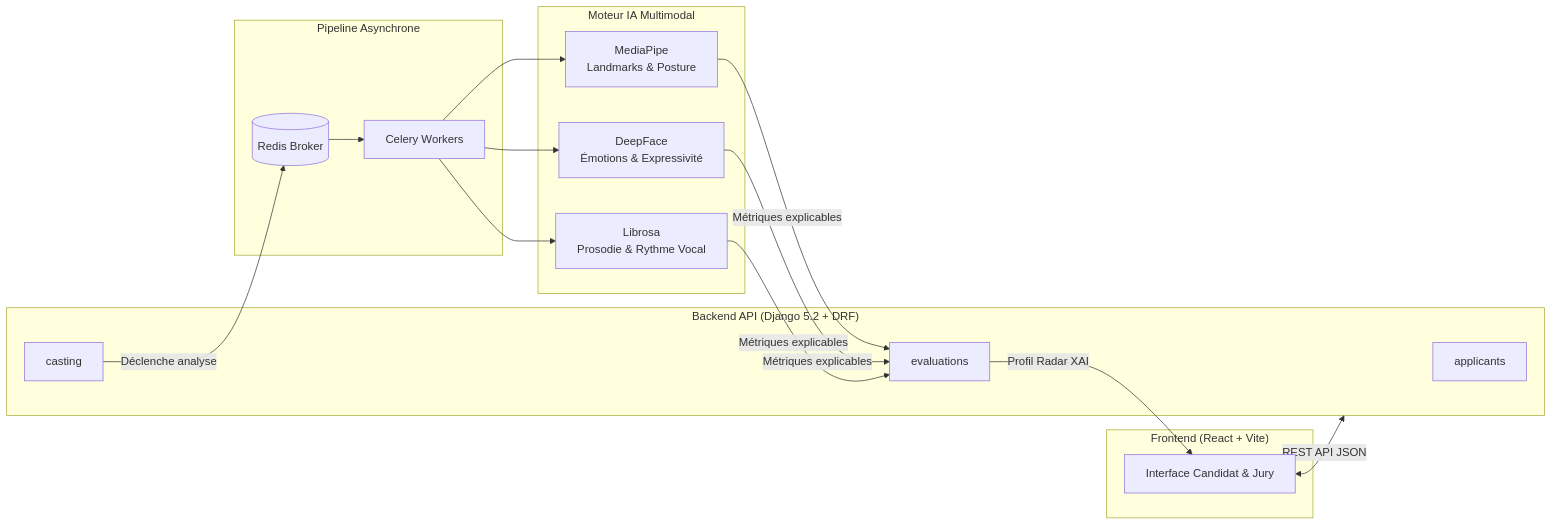
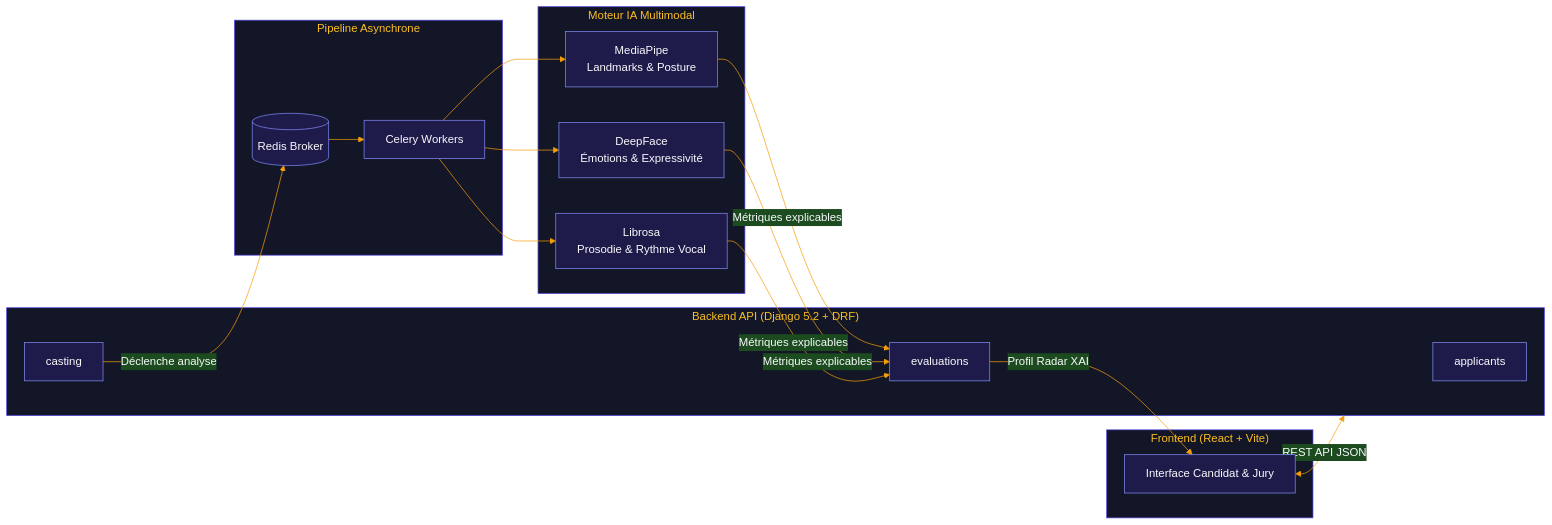
The diagram in README.md (aloui-adem/react_1), drawn with Mermaid before and after one commit. The commit also changed other lines of this file, not shown here.

````diff
--- a/README.md
+++ b/README.md
@@ -83,34 +83,35 @@
 ```mermaid
+%%{init: {'theme': 'base', 'themeVariables': {'primaryColor': '#1E1B4B', 'primaryTextColor': '#F8FAFC', 'primaryBorderColor': '#818CF8', 'lineColor': '#F59E0B', 'clusterBkg': '#131626', 'clusterBorder': '#4F46E5', 'titleColor': '#FBBF24'}}}%%
 flowchart LR
     subgraph Frontend["Frontend (React + Vite)"]
         UI["Interface Candidat & Jury"]
     end
 
     subgraph Backend["Backend API (Django 5.2 + DRF)"]
         APP["applicants"]
         CAST["casting"]
         EVAL["evaluations"]
     end
 
     subgraph Async["Pipeline Asynchrone"]
         REDIS[("Redis Broker")]
         CELERY["Celery Workers"]
     end
 
     subgraph AI["Moteur IA Multimodal"]
         MP["MediaPipe\nLandmarks & Posture"]
         DF["DeepFace\nÉmotions & Expressivité"]
         LIB["Librosa\nProsodie & Rythme Vocal"]
     end
 
     UI <-->|REST API JSON| Backend
     CAST -->|Déclenche analyse| REDIS
     REDIS --> CELERY
     CELERY --> MP
     CELERY --> DF
     CELERY --> LIB
     MP -->|Métriques explicables| EVAL
     DF -->|Métriques explicables| EVAL
     LIB -->|Métriques explicables| EVAL
     EVAL -->|Profil Radar XAI| UI
 ```
````
